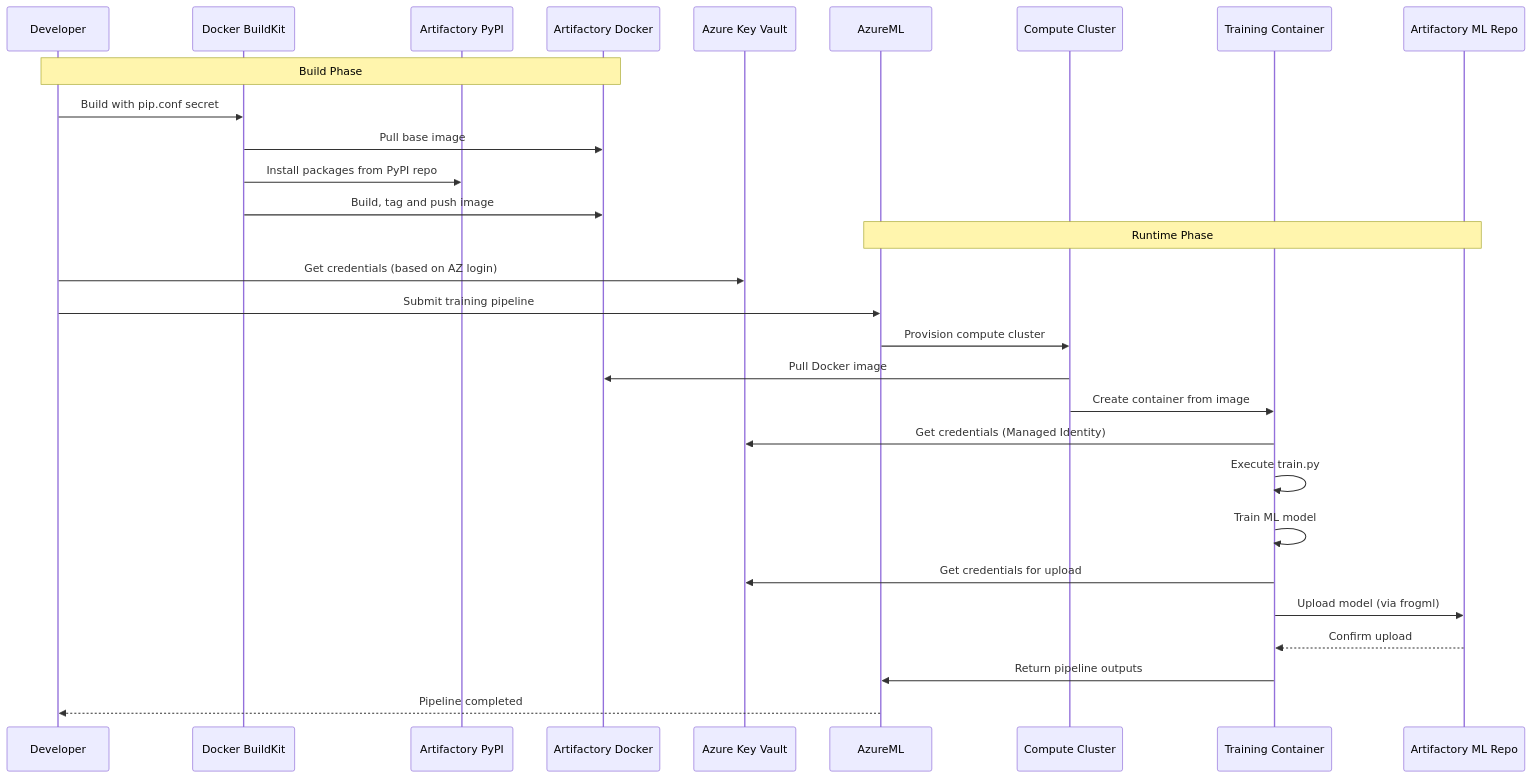
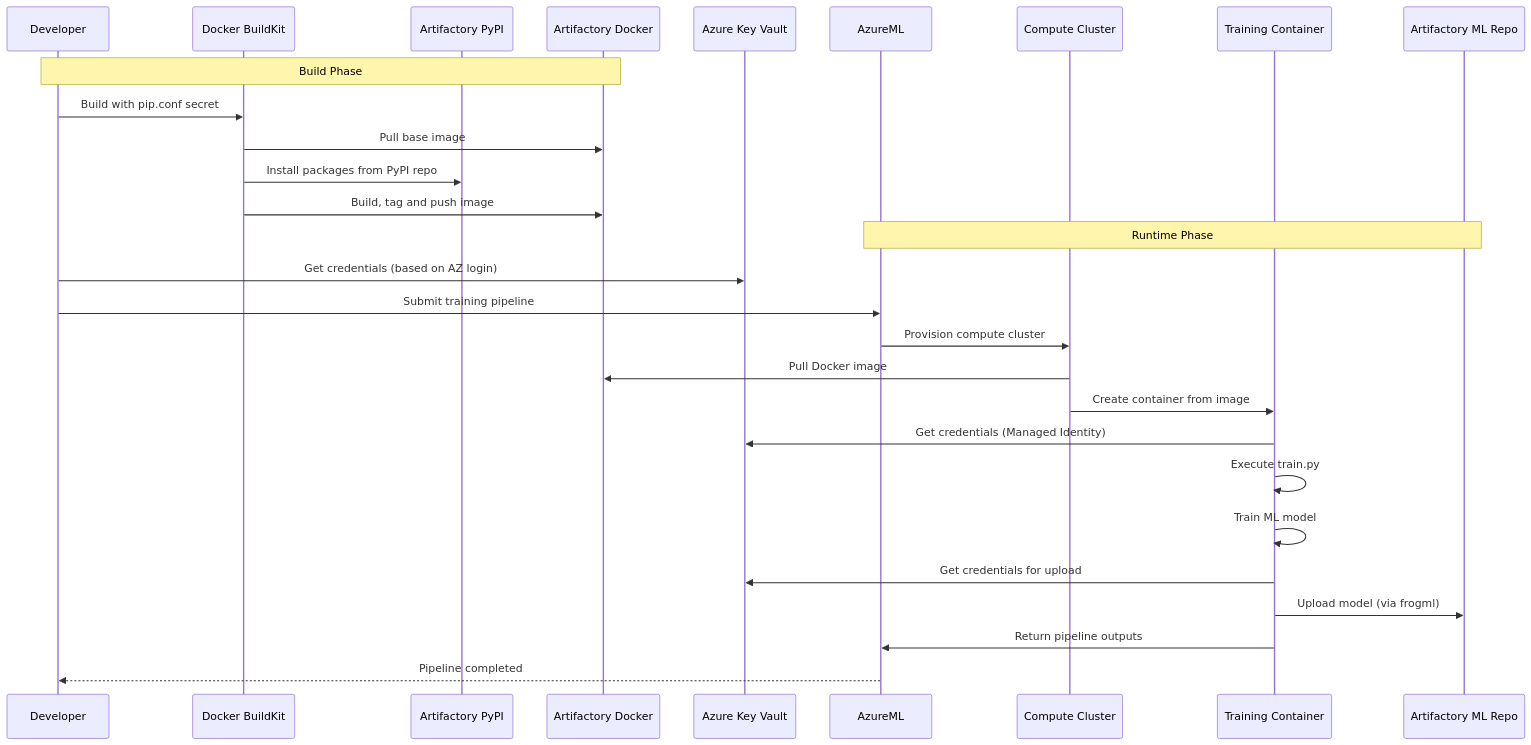
Before and after one commit to jfrog/JFrog-AzureML-integration: the third of 4 diagrams in README.md, drawn with Mermaid.

Commit message:
README: removed Confirm upload

````diff
--- a/README.md
+++ b/README.md
@@ -207,33 +207,32 @@
 ```mermaid
 sequenceDiagram
     participant Dev as Developer
     participant Docker as Docker BuildKit
     participant ArtPyPI as Artifactory PyPI
     participant ArtDocker as Artifactory Docker
     participant KV as Azure Key Vault
     participant AML as AzureML
     participant Compute as Compute Cluster
     participant Container as Training Container
     participant ArtML as Artifactory ML Repo
 
     Note over Dev,ArtDocker: Build Phase
     Dev->>Docker: Build with pip.conf secret
     Docker->>ArtDocker: Pull base image
     Docker->>ArtPyPI: Install packages from PyPI repo
     Docker->>ArtDocker: Build, tag and push image
 
     Note over AML,ArtML: Runtime Phase
     Dev->>KV: Get credentials (based on AZ login)
     Dev->>AML: Submit training pipeline
     AML->>Compute: Provision compute cluster
     Compute->>ArtDocker: Pull Docker image
     Compute->>Container: Create container from image
     Container->>KV: Get credentials (Managed Identity)
     Container->>Container: Execute train.py
     Container->>Container: Train ML model
     Container->>KV: Get credentials for upload
     Container->>ArtML: Upload model (via frogml)
-    ArtML-->>Container: Confirm upload
     Container->>AML: Return pipeline outputs
     AML-->>Dev: Pipeline completed
 ```
````
